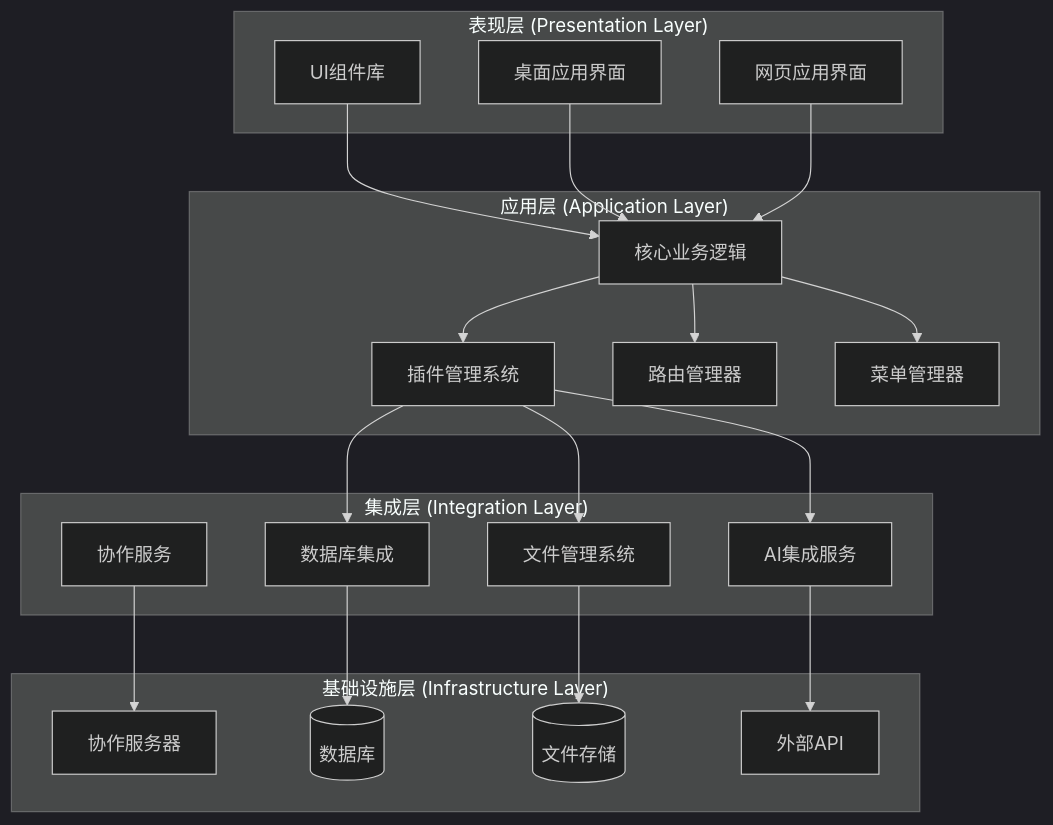
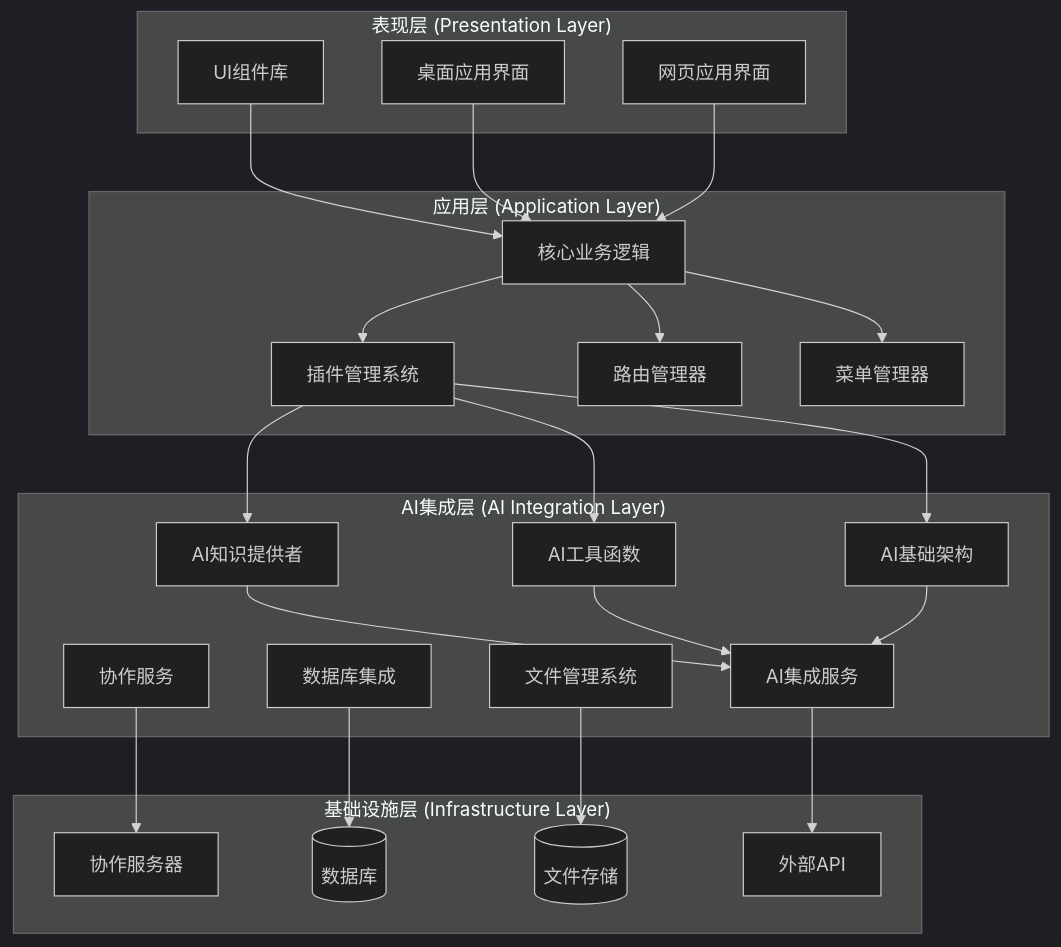
Before and after one commit to LRF0422/Kotion: the fourth of 15 diagrams in .qoder/repowiki/zh/content/功能模块/AI插件/AI基础架构系统.md, drawn with Mermaid (dark theme). The commit also changed other lines of this file and 13 other files, not shown here.

````diff
--- a/.qoder/repowiki/zh/content/功能模块/AI插件/AI基础架构系统.md
+++ b/.qoder/repowiki/zh/content/功能模块/AI插件/AI基础架构系统.md
@@ -203,39 +223,45 @@
 ```mermaid
 graph TB
 subgraph "表现层 (Presentation Layer)"
 UIComponents[UI组件库]
 DesktopUI[桌面应用界面]
 WebUI[网页应用界面]
 end
 subgraph "应用层 (Application Layer)"
 CoreLogic[核心业务逻辑]
 PluginManager[插件管理系统]
 RouteManager[路由管理器]
 MenuManager[菜单管理器]
 end
-subgraph "集成层 (Integration Layer)"
+subgraph "AI集成层 (AI Integration Layer)"
+AIKnowledgeProvider[AI知识提供者]
+AIUtils[AI工具函数]
+AIFoundation[AI基础架构]
 AIIntegration[AI集成服务]
 FileManagement[文件管理系统]
 DatabaseIntegration[数据库集成]
 Collaboration[协作服务]
 end
 subgraph "基础设施层 (Infrastructure Layer)"
 RoomServer[协作服务器]
 Database[(数据库)]
 Storage[(文件存储)]
 ExternalAPIs[外部API]
 end
 UIComponents --> CoreLogic
 DesktopUI --> CoreLogic
 WebUI --> CoreLogic
 CoreLogic --> PluginManager
 CoreLogic --> RouteManager
 CoreLogic --> MenuManager
-PluginManager --> AIIntegration
-PluginManager --> FileManagement
-PluginManager --> DatabaseIntegration
+PluginManager --> AIKnowledgeProvider
+PluginManager --> AIUtils
+PluginManager --> AIFoundation
+AIKnowledgeProvider --> AIIntegration
+AIUtils --> AIIntegration
+AIFoundation --> AIIntegration
 AIIntegration --> ExternalAPIs
 FileManagement --> Storage
 DatabaseIntegration --> Database
 Collaboration --> RoomServer
 ```
````
